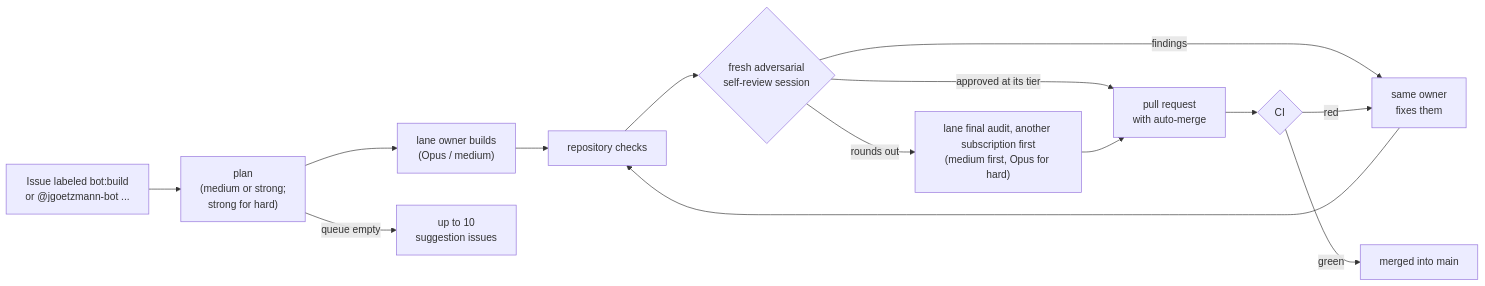
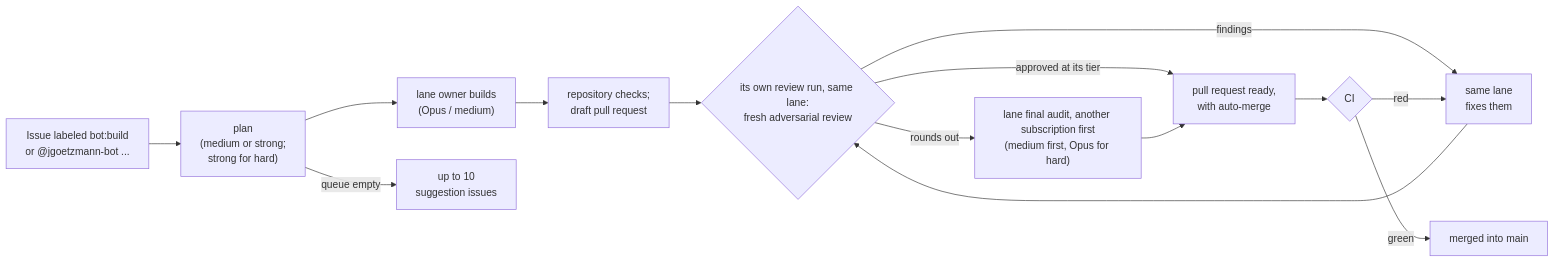
Before and after one commit to Jlore-Studios/JackiOh: the second of 2 diagrams in README.md, drawn with Mermaid. The commit also changed other lines of this file and 39 other files, not shown here.

````diff
--- a/README.md
+++ b/README.md
@@ -115,15 +117,15 @@
 ```mermaid
 flowchart LR
   A["Issue labeled bot:build<br/>or @jgoetzmann-bot ..."] --> P["plan<br/>(medium or strong;<br/>strong for hard)"]
   P --> C["lane owner builds<br/>(Opus / medium)"]
-  C --> D["repository checks"]
-  D --> E{"fresh adversarial<br/>self-review session"}
-  E -- "findings" --> F["same owner<br/>fixes them"] --> D
-  E -- "approved at its tier" --> G["pull request<br/>with auto-merge"]
+  C --> D["repository checks;<br/>draft pull request"]
+  D --> E{"its own review run, same lane:<br/>fresh adversarial review"}
+  E -- "findings" --> F["same lane<br/>fixes them"] --> E
+  E -- "approved at its tier" --> G["pull request ready,<br/>with auto-merge"]
   E -- "rounds out" --> FA["lane final audit, another subscription first<br/>(medium first, Opus for hard)"]
   FA --> G
   G --> H{"CI"}
   H -- "green" --> I["merged into main"]
   H -- "red" --> F
   P -- "queue empty" --> J["up to 10<br/>suggestion issues"]
 ```
````
